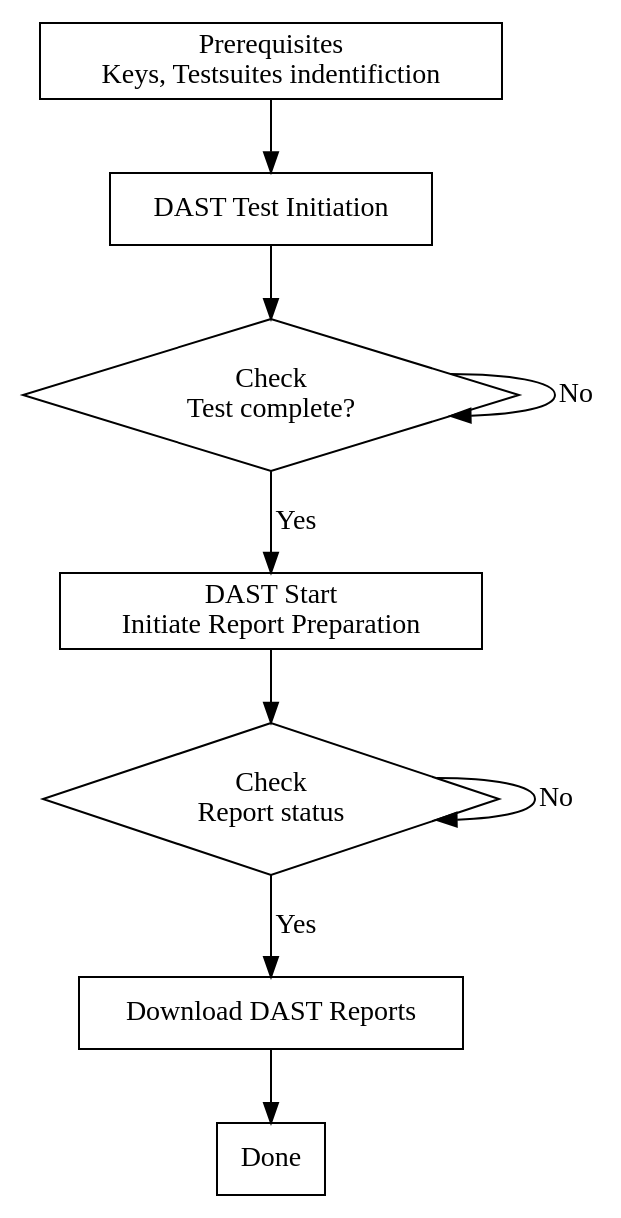
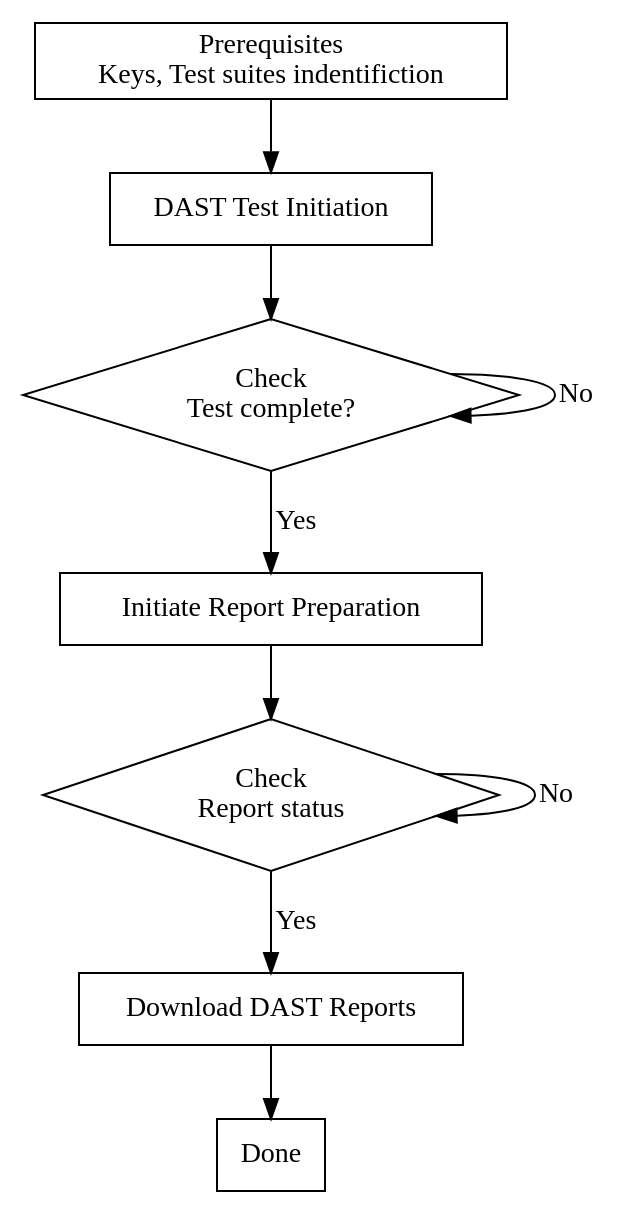
Before and after one commit to vinay4appsentinels/dast_flow_doc: the diagram in flow.dot, drawn with Graphviz.

Commit message:
few minor corrections

```diff
--- a/flow.dot
+++ b/flow.dot
@@ -1,27 +1,27 @@
 digraph DAST_Process {
     rankdir=TB; // Left to Right direction
 
     // Nodes
     node [shape=box];
 
-    Prerequisites [label="Prerequisites\nKeys, Testsuites indentifiction"];
+    Prerequisites [label="Prerequisites\nKeys, Test suites indentifiction"];
     DASTTestInitiation [label="DAST Test Initiation"];
     TestComplete [shape=diamond label="Check\nTest complete?"];
     // DASTTestMonitoring [label="3. DAST Test\nMonitoring\nCheck DAST Status API"];
-    ReportPreparation [label="DAST Start\nInitiate Report Preparation"];
+    ReportPreparation [label="Initiate Report Preparation"];
     ReportComplete [shape=diamond label="Check\nReport status"];
     ReportDownload [label="Download DAST Reports"];
     Done [label="Done"];
     
     // Edges
     Prerequisites -> DASTTestInitiation;
     DASTTestInitiation -> TestComplete;
     TestComplete -> TestComplete [label="No"];
     TestComplete -> ReportPreparation [label="Yes"];
     ReportPreparation->ReportComplete
     // DASTTestMonitoring -> ReportPreparation;
     // ReportPreparation -> ReportComplete
     ReportComplete->ReportComplete [label="No"];
     ReportComplete->ReportDownload [label="Yes"];
     ReportDownload->Done 
 }
```
